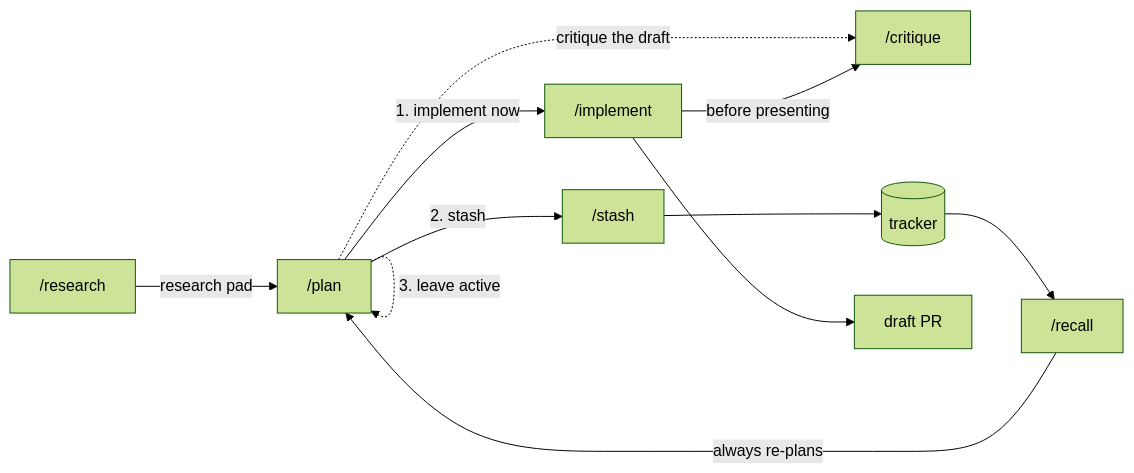
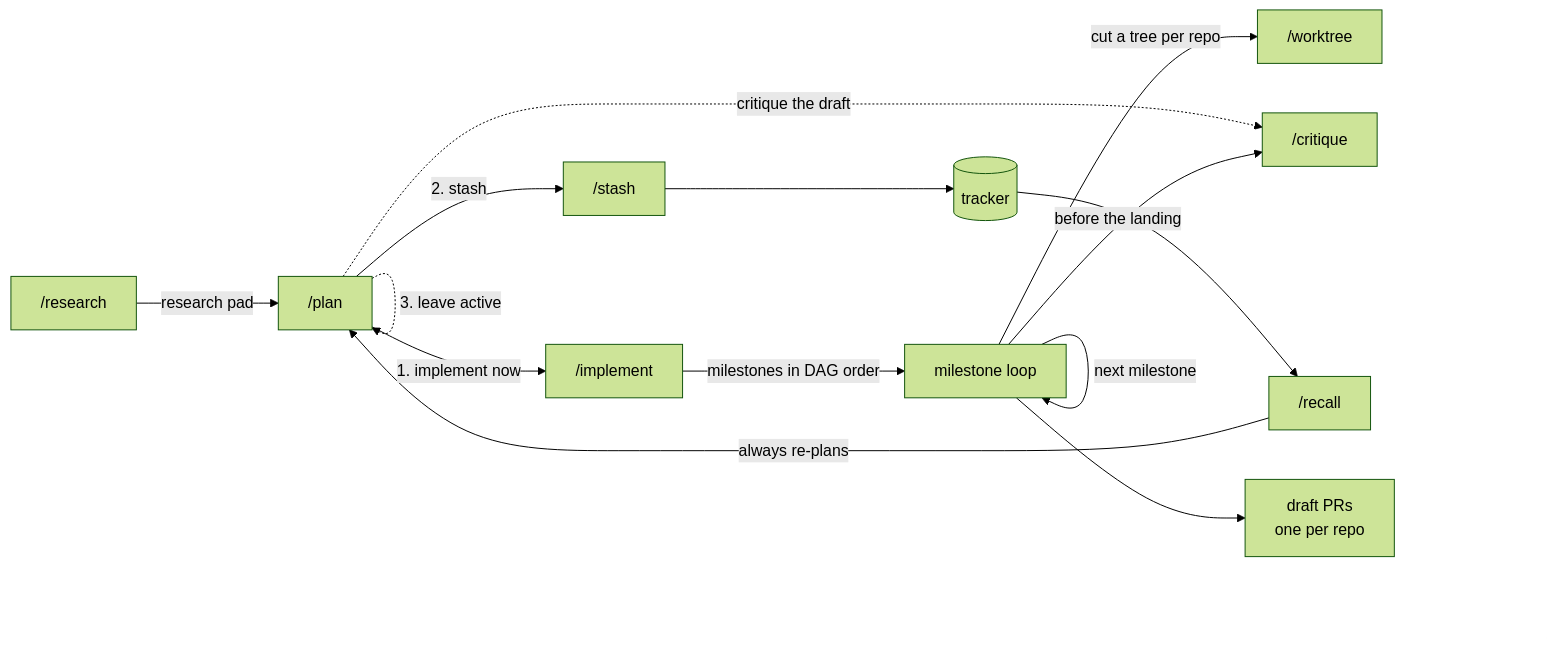
The diagram in README.md (jahnkelabs/agents), drawn with Mermaid (forest theme) before and after one commit. The commit also changed other lines of this file and 3 other files, not shown here.

````diff
--- a/README.md
+++ b/README.md
@@ -179,22 +179,27 @@
 ```mermaid
 flowchart LR
     R["/research"]
     P["/plan"]
     I["/implement"]
+    W["/worktree"]
+    M["milestone loop"]
     C["/critique"]
     S["/stash"]
     RC["/recall"]
     T[("tracker")]
-    PR["draft PR"]
+    PR["draft PRs<br/>one per repo"]
 
     R -->|"research pad"| P
     P -->|"1. implement now"| I
     P -->|"2. stash"| S
     P -.->|"3. leave active"| P
     P -.->|"critique the draft"| C
     S --> T
     T --> RC
     RC -->|"always re-plans"| P
-    I -->|"before presenting"| C
-    I --> PR
+    I -->|"milestones in DAG order"| M
+    M -->|"cut a tree per repo"| W
+    M -->|"before the landing"| C
+    M --> PR
+    M -->|"next milestone"| M
 ```
````
